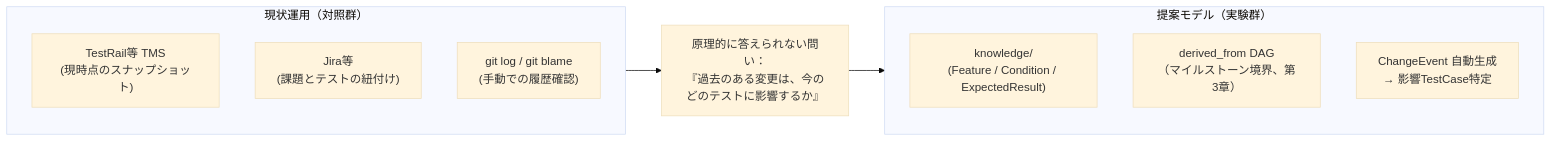
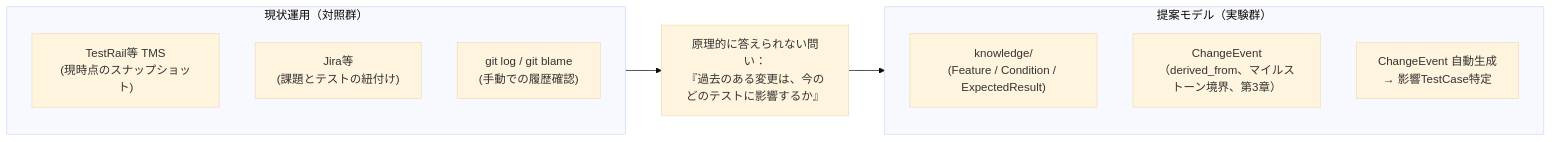
The first of 6 diagrams in docs/テスト知識管理のGit-nativeモデル_統合版.md (markharness/markharness), drawn with Mermaid (base theme) before and after one commit. The commit also changed other lines of this file and 18 other files, not shown here.

````diff
--- a/docs/テスト知識管理のGit-nativeモデル_統合版.md
+++ b/docs/テスト知識管理のGit-nativeモデル_統合版.md
@@ -41,17 +41,17 @@
 ```mermaid
 flowchart LR
   subgraph BEFORE["現状運用（対照群）"]
     direction TB
     B1["TestRail等 TMS\n(現時点のスナップショット)"]
     B2["Jira等\n(課題とテストの紐付け)"]
     B3["git log / git blame\n(手動での履歴確認)"]
   end
   GAP["原理的に答えられない問い：\n『過去のある変更は、今のどのテストに影響するか』"]
   subgraph AFTER["提案モデル（実験群）"]
     direction TB
     A1["knowledge/\n(Feature / Condition / ExpectedResult)"]
-    A2["derived_from DAG\n（マイルストーン境界、第3章）"]
+    A2["ChangeEvent\n（derived_from、マイルストーン境界、第3章）"]
     A3["ChangeEvent 自動生成\n→ 影響TestCase特定"]
   end
   BEFORE --> GAP --> AFTER
 ```
````
